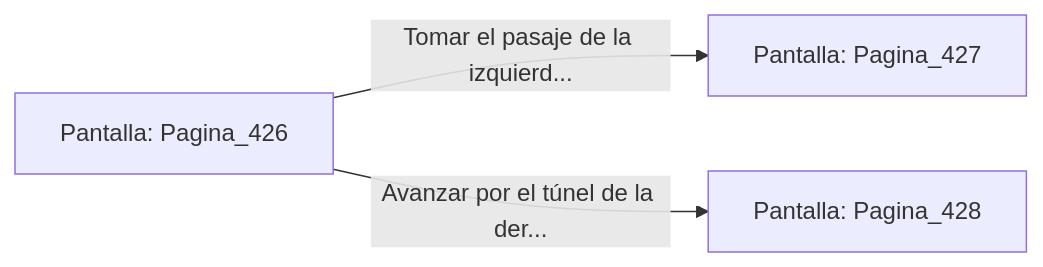
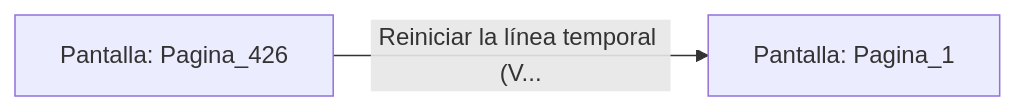
Before and after one commit to metsuke/mpl: the diagram in sample/eligejuego-vault/Pantalla_Pagina_426.md, drawn with Mermaid. The commit also changed other lines of this file and 635 other files, not shown here.

First line of the commit message:
fix: añadir Pagina_1 como pantalla inicial en capitulo_01.mpl

````diff
--- a/sample/eligejuego-vault/Pantalla_Pagina_426.md
+++ b/sample/eligejuego-vault/Pantalla_Pagina_426.md
@@ -20,6 +17,5 @@
 ```mermaid
 graph LR
     P_Pagina_426["Pantalla: Pagina_426"]
-    P_Pagina_426 -->|"Tomar el pasaje de la izquierd..."| P_Pagina_427["Pantalla: Pagina_427"]
-    P_Pagina_426 -->|"Avanzar por el túnel de la der..."| P_Pagina_428["Pantalla: Pagina_428"]
+    P_Pagina_426 -->|"Reiniciar la línea temporal (V..."| P_Pagina_1["Pantalla: Pagina_1"]
 ```
````
